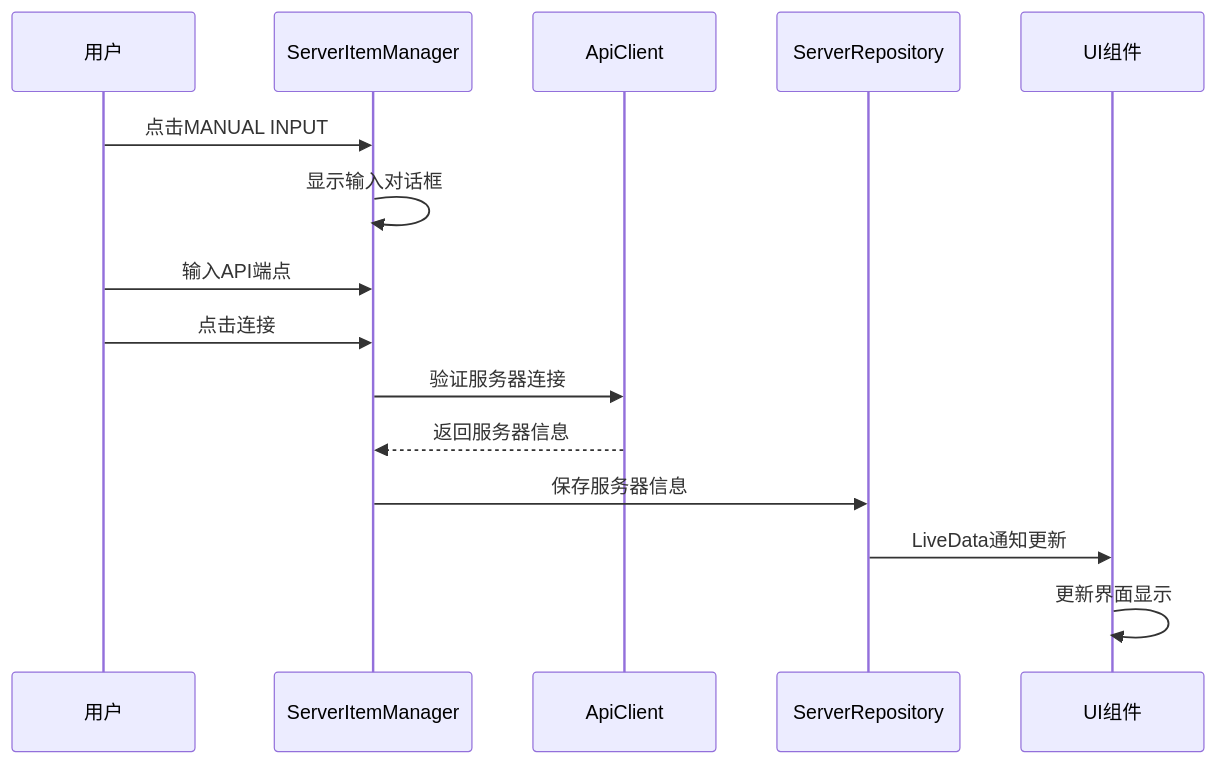
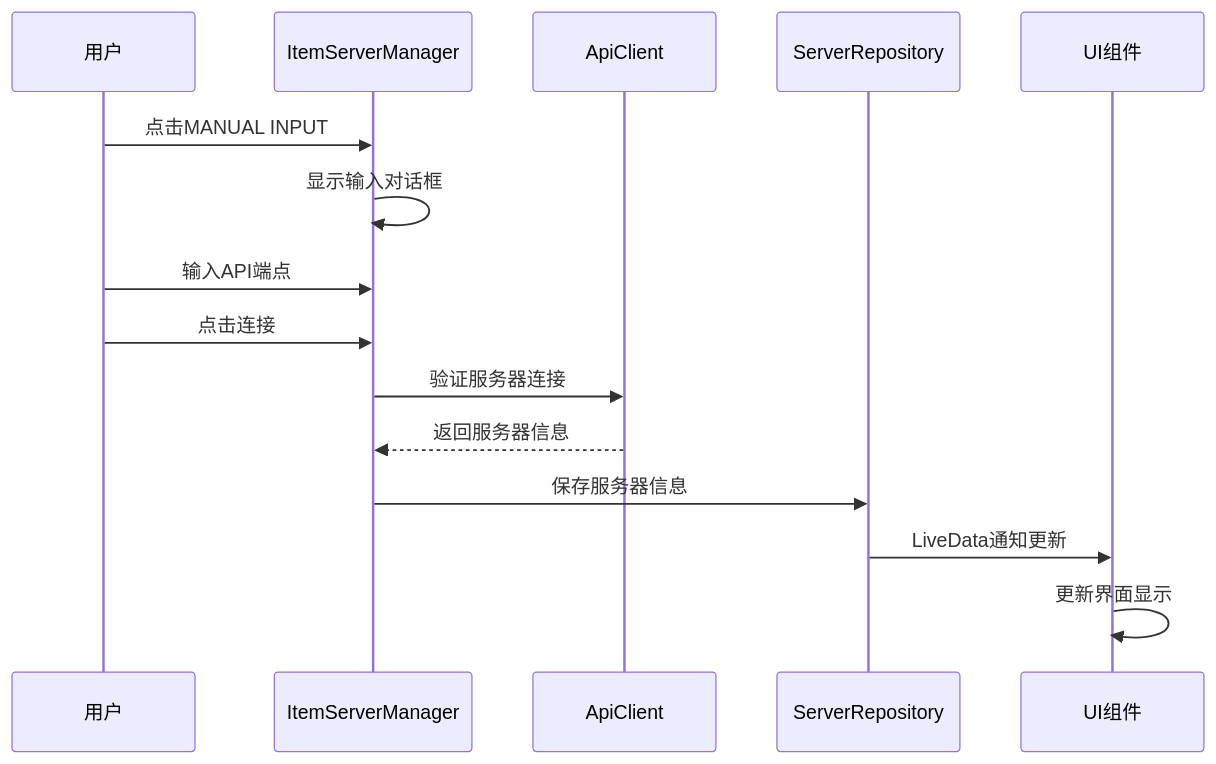
One commit to terminail/autodroid changed diagram 20 of 23 in autodroid-trader-app/docs/DESIGN.md. Above: the diagram before and after it, drawn with Mermaid. The commit also changed other lines of this file and 21 other files, not shown here.

````diff
--- a/autodroid-trader-app/docs/DESIGN.md
+++ b/autodroid-trader-app/docs/DESIGN.md
@@ -953,18 +953,18 @@
 ```mermaid
 sequenceDiagram
     participant U as 用户
-    participant S as ServerItemManager
+    participant S as ItemServerManager
     participant A as ApiClient
     participant R as ServerRepository
     participant UI as UI组件
     
     U->>S: 点击MANUAL INPUT
     S->>S: 显示输入对话框
     U->>S: 输入API端点
     U->>S: 点击连接
     S->>A: 验证服务器连接
     A-->>S: 返回服务器信息
     S->>R: 保存服务器信息
     R->>UI: LiveData通知更新
     UI->>UI: 更新界面显示
 ```
````
